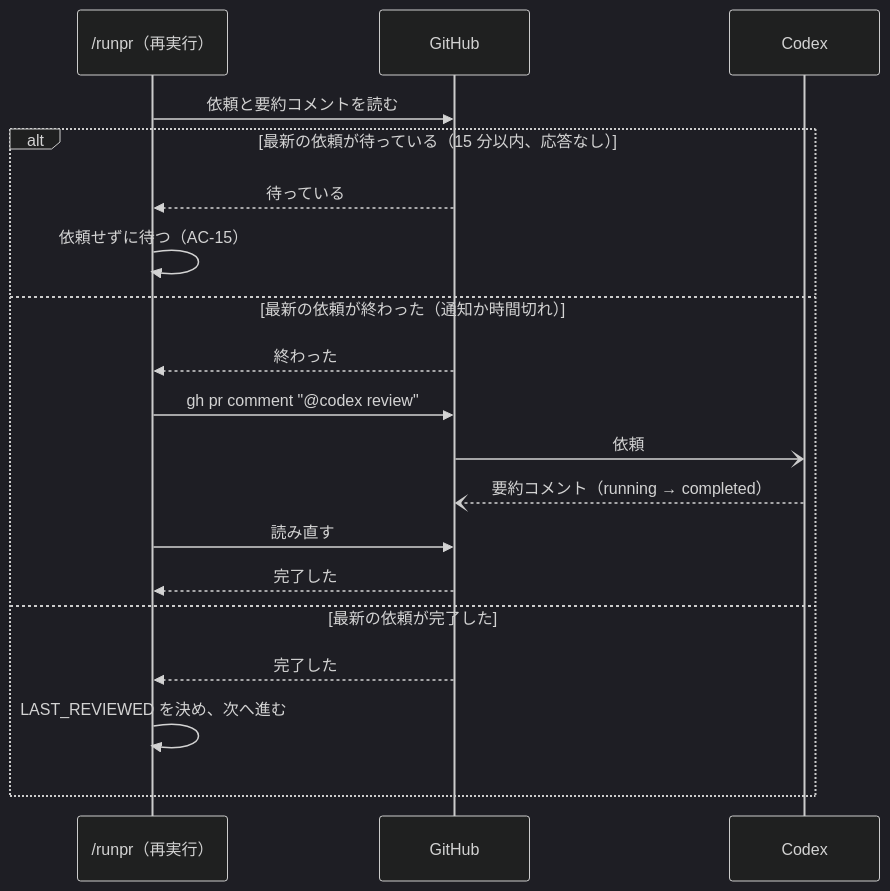
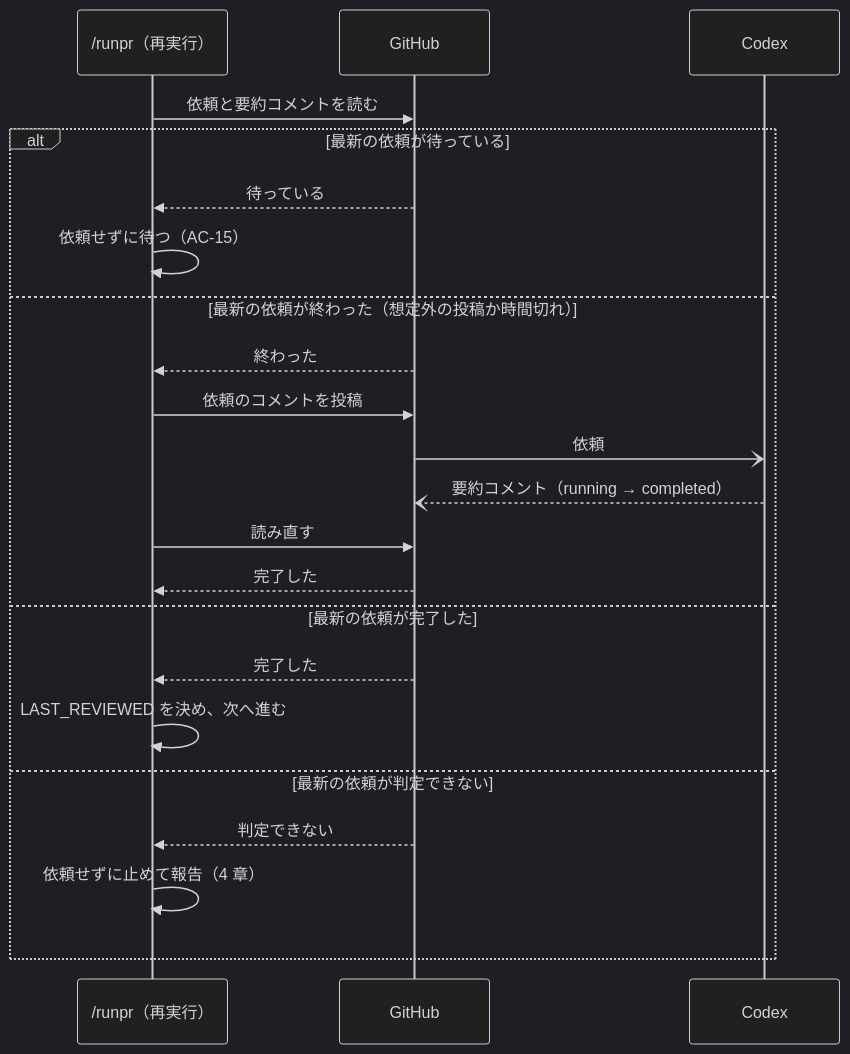
Before and after one commit to isseis/yt2column: the seventh of 7 diagrams in docs/tasks/0031_codex_pr_review/02_architecture.md, drawn with Mermaid (dark theme). The commit also changed other lines of this file and 1 other file, not shown here.

First line of the commit message:
docs(0031): address design review and widen the requested commit in AC-10

````diff
--- a/docs/tasks/0031_codex_pr_review/02_architecture.md
+++ b/docs/tasks/0031_codex_pr_review/02_architecture.md
@@ -589,22 +682,25 @@
 ```mermaid
 sequenceDiagram
     participant R as /runpr（再実行）
     participant G as GitHub
     participant C as Codex
 
     R->>G: 依頼と要約コメントを読む
-    alt 最新の依頼が待っている（15 分以内、応答なし）
+    alt 最新の依頼が待っている
         G-->>R: 待っている
         R->>R: 依頼せずに待つ（AC-15）
-    else 最新の依頼が終わった（通知か時間切れ）
+    else 最新の依頼が終わった（想定外の投稿か時間切れ）
         G-->>R: 終わった
-        R->>G: gh pr comment "@codex review"
+        R->>G: 依頼のコメントを投稿
         G-)C: 依頼
         C--)G: 要約コメント（running → completed）
         R->>G: 読み直す
         G-->>R: 完了した
     else 最新の依頼が完了した
         G-->>R: 完了した
         R->>R: LAST_REVIEWED を決め、次へ進む
+    else 最新の依頼が判定できない
+        G-->>R: 判定できない
+        R->>R: 依頼せずに止めて報告（4 章）
     end
 ```
````
